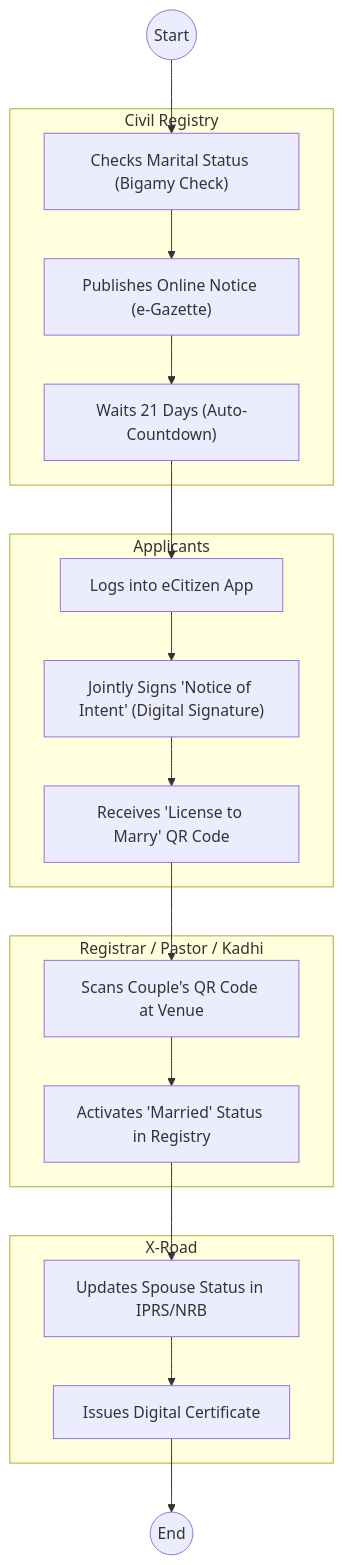
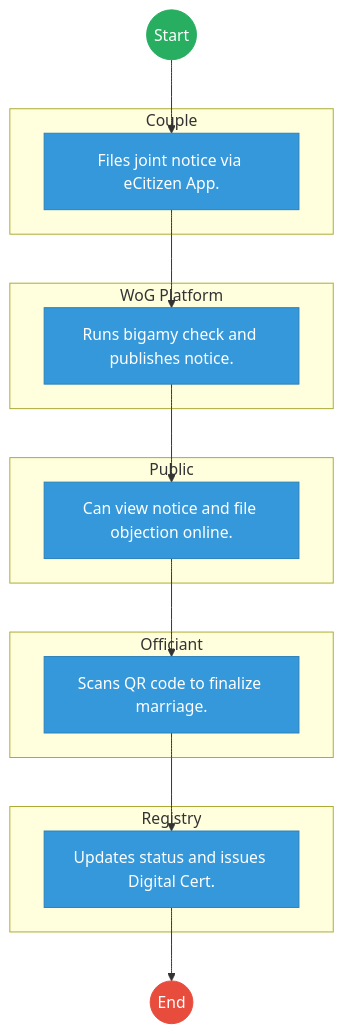
The second of 2 diagrams in mdas/docs_final/State_Law_Office_The___Service_Delivery.md (BITZ-IT-Consulting-LTD/ictapoc), drawn with Mermaid before and after one commit. The commit also changed other lines of this file and 461 other files, not shown here.

````diff
--- a/mdas/docs_final/State_Law_Office_The___Service_Delivery.md
+++ b/mdas/docs_final/State_Law_Office_The___Service_Delivery.md
@@ -117,33 +120,38 @@
 ```mermaid
 graph TD
     Start((Start)) --> S1
-    subgraph WoG_Platform [Civil Registry]
-        S1["Checks Marital Status (Bigamy Check)"]
-        S2["Publishes Online Notice (e-Gazette)"]
-        S3["Waits 21 Days (Auto-Countdown)"]
+
+    subgraph Couple [Couple]
+        S1["Files joint notice via eCitizen App."]
     end
-    subgraph Couple [Applicants]
-        S4["Logs into eCitizen App"]
-        S5["Jointly Signs 'Notice of Intent' (Digital Signature)"]
-        S6["Receives 'License to Marry' QR Code"]
+
+    subgraph WoG_Platform [WoG Platform]
+        S2["Runs bigamy check and publishes notice."]
     end
-    subgraph Officiant [Registrar / Pastor / Kadhi]
-        S7["Scans Couple's QR Code at Venue"]
-        S8["Activates 'Married' Status in Registry"]
+
+    subgraph Public [Public]
+        S3["Can view notice and file objection online."]
     end
-    subgraph Integrated_Systems [X-Road]
-        S9["Updates Spouse Status in IPRS/NRB"]
-        S10["Issues Digital Certificate"]
+
+    subgraph Officiant [Officiant]
+        S4["Scans QR code to finalize marriage."]
     end
-    
+
+    subgraph Registry [Registry]
+        S5["Updates status and issues Digital Cert."]
+    end
     S1 --> S2
     S2 --> S3
     S3 --> S4
     S4 --> S5
-    S5 --> S6
-    S6 --> S7
-    S7 --> S8
-    S8 --> S9
-    S9 --> S10
-    S10 --> End((End))
+    S5 --> End((End))
+
+    classDef start fill:#27ae60,stroke:#27ae60,color:#fff;
+    classDef endNode fill:#e74c3c,stroke:#e74c3c,color:#fff;
+    classDef userTask fill:#3498db,stroke:#2980b9,color:#fff;
+    classDef serviceTask fill:#9b59b6,stroke:#8e44ad,color:#fff;
+
+    class Start start;
+    class End endNode;
+    class S1,S2,S3,S4,S5 userTask;
 ```
````
